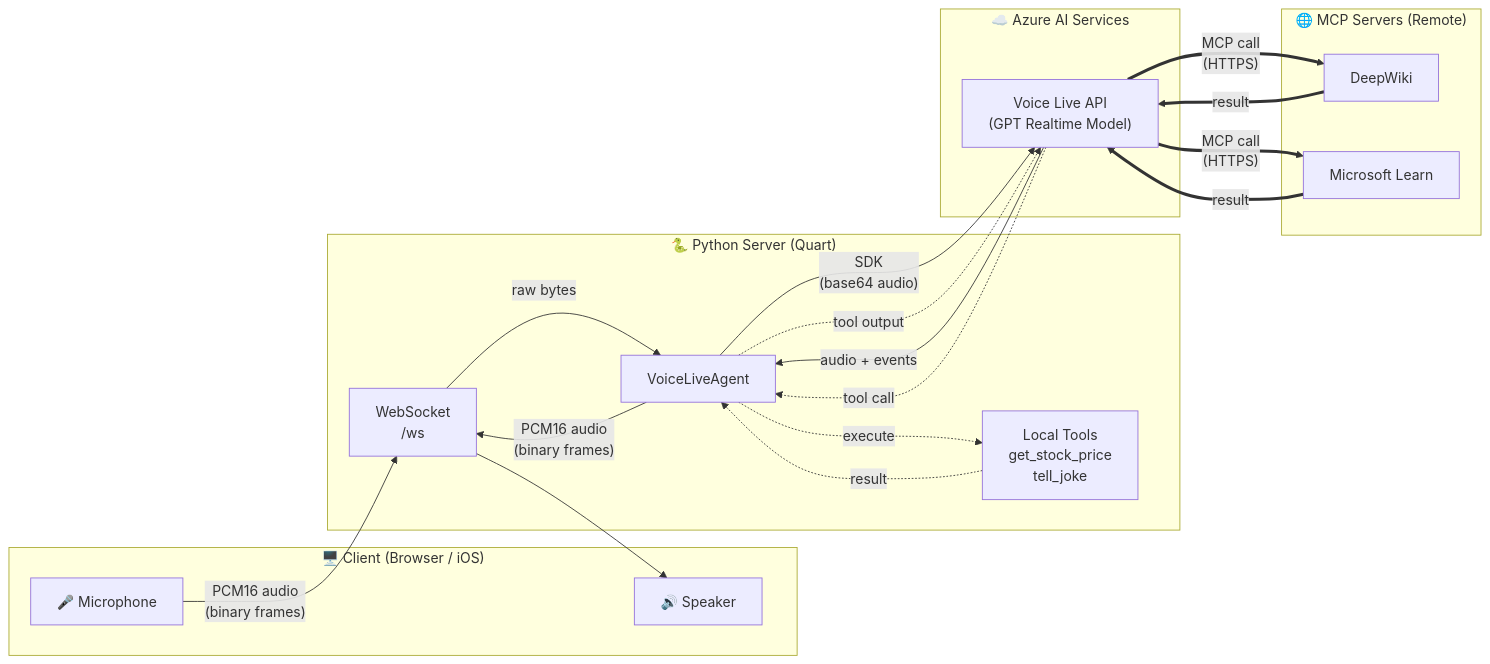
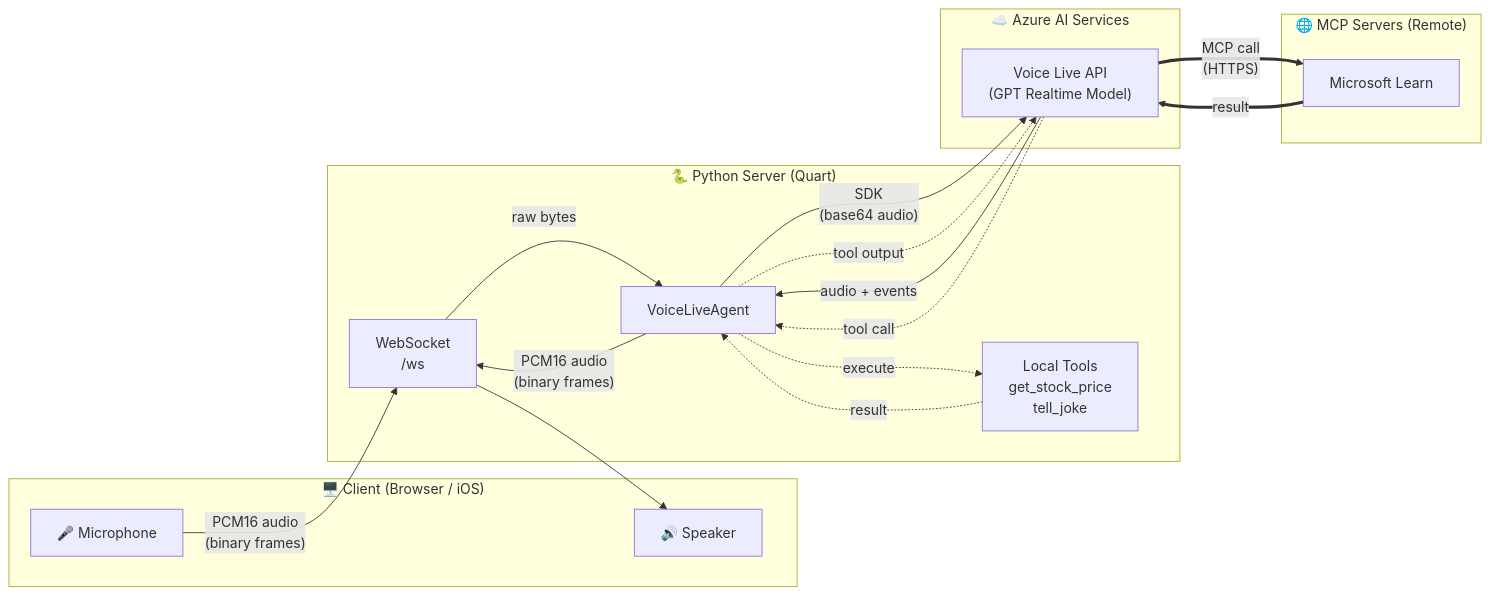
The diagram in README.MD (sanchar10/voice-live-api-browser-talk), drawn with Mermaid before and after one commit. The commit also changed other lines of this file, not shown here.

Commit message:
Move MCP docs under How Tools Work section in README

````diff
--- a/README.MD
+++ b/README.MD
@@ -26,37 +26,34 @@
 ```mermaid
 graph LR
     subgraph Client ["🖥️ Client (Browser / iOS)"]
         MIC["🎤 Microphone"]
         SPK["🔊 Speaker"]
     end
 
     subgraph Server ["🐍 Python Server (Quart)"]
         WS["WebSocket\n/ws"]
         AGENT["VoiceLiveAgent"]
         TOOLS["Local Tools\nget_stock_price\ntell_joke"]
     end
 
     subgraph Azure ["☁️ Azure AI Services"]
         VL["Voice Live API\n(GPT Realtime Model)"]
     end
 
     subgraph MCP ["🌐 MCP Servers (Remote)"]
-        DW["DeepWiki"]
         ML["Microsoft Learn"]
     end
 
     MIC -- "PCM16 audio\n(binary frames)" --> WS
     WS -- raw bytes --> AGENT
     AGENT -- "SDK\n(base64 audio)" --> VL
     VL -- "audio + events" --> AGENT
     AGENT -- "PCM16 audio\n(binary frames)" --> WS
     WS --> SPK
     VL -. "tool call" .-> AGENT
     AGENT -. "execute" .-> TOOLS
     TOOLS -. "result" .-> AGENT
     AGENT -. "tool output" .-> VL
-    VL == "MCP call\n(HTTPS)" ==> DW
     VL == "MCP call\n(HTTPS)" ==> ML
-    DW == "result" ==> VL
     ML == "result" ==> VL
 ```
````
